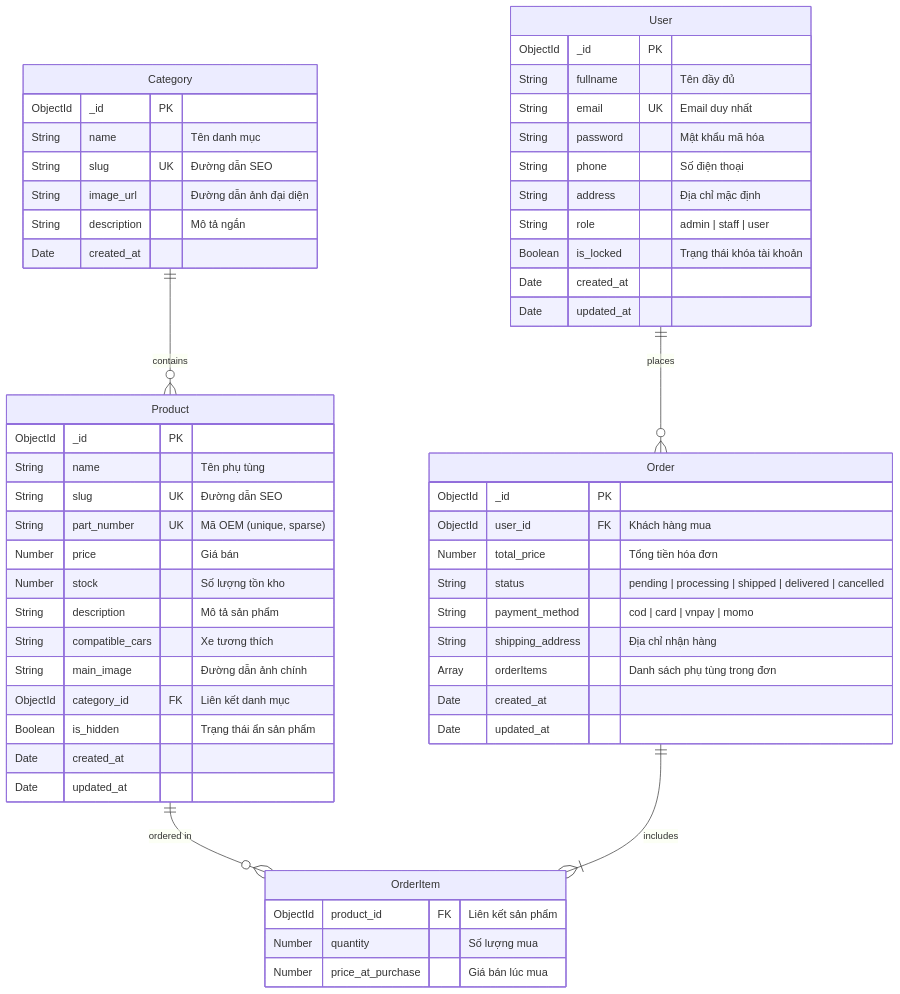
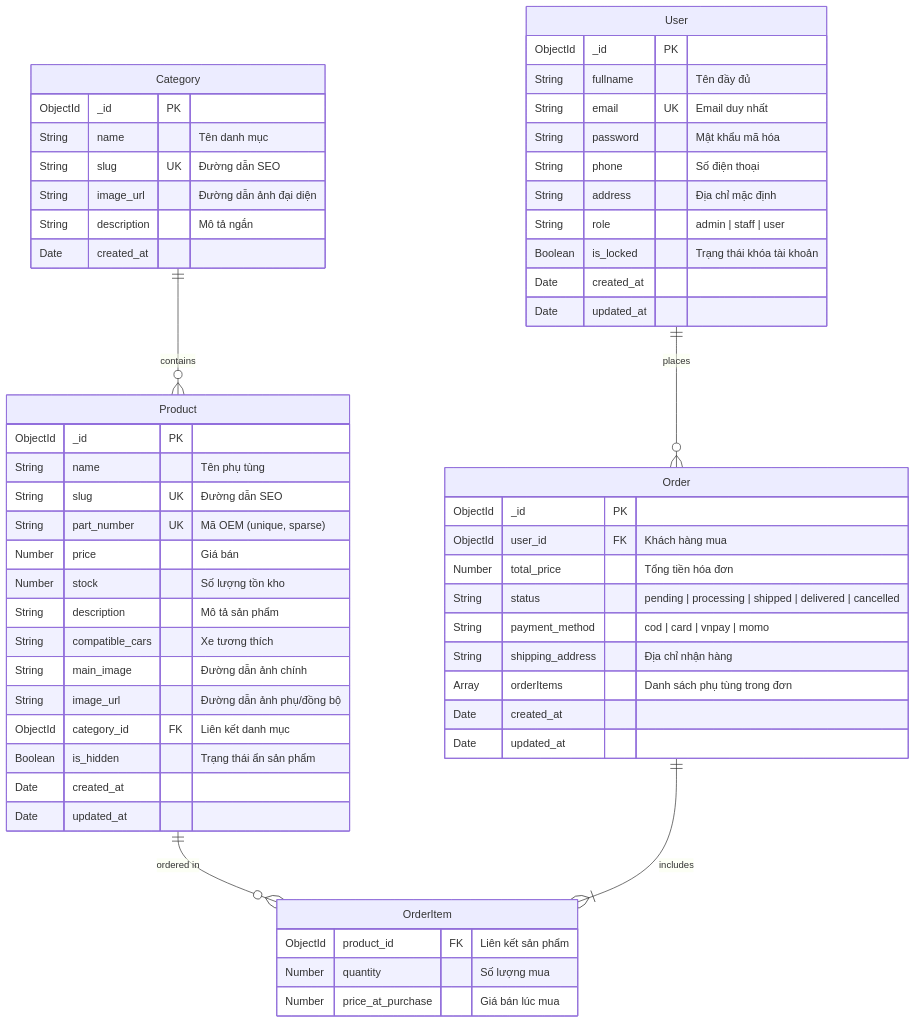
Before and after one commit to VietLinh1104/doan-hieumoi: the third of 3 diagrams in .agents/skills/system-design/SKILL.md, drawn with Mermaid. The commit also changed other lines of this file and 6 other files, not shown here.

````diff
--- a/.agents/skills/system-design/SKILL.md
+++ b/.agents/skills/system-design/SKILL.md
@@ -150,63 +150,64 @@
 ```mermaid
 erDiagram
     User ||--o{ Order : "places"
     Category ||--o{ Product : "contains"
     Product ||--o{ OrderItem : "ordered in"
     Order ||--|{ OrderItem : "includes"
 
     User {
         ObjectId _id PK
         String fullname "Tên đầy đủ"
         String email UK "Email duy nhất"
         String password "Mật khẩu mã hóa"
         String phone "Số điện thoại"
         String address "Địa chỉ mặc định"
         String role "admin | staff | user"
         Boolean is_locked "Trạng thái khóa tài khoản"
         Date created_at
         Date updated_at
     }
 
     Category {
         ObjectId _id PK
         String name "Tên danh mục"
         String slug UK "Đường dẫn SEO"
         String image_url "Đường dẫn ảnh đại diện"
         String description "Mô tả ngắn"
         Date created_at
     }
 
     Product {
         ObjectId _id PK
         String name "Tên phụ tùng"
         String slug UK "Đường dẫn SEO"
         String part_number UK "Mã OEM (unique, sparse)"
         Number price "Giá bán"
         Number stock "Số lượng tồn kho"
         String description "Mô tả sản phẩm"
         String compatible_cars "Xe tương thích"
         String main_image "Đường dẫn ảnh chính"
+        String image_url "Đường dẫn ảnh phụ/đồng bộ"
         ObjectId category_id FK "Liên kết danh mục"
         Boolean is_hidden "Trạng thái ẩn sản phẩm"
         Date created_at
         Date updated_at
     }
 
     Order {
         ObjectId _id PK
         ObjectId user_id FK "Khách hàng mua"
         Number total_price "Tổng tiền hóa đơn"
         String status "pending | processing | shipped | delivered | cancelled"
         String payment_method "cod | card | vnpay | momo"
         String shipping_address "Địa chỉ nhận hàng"
         Array orderItems "Danh sách phụ tùng trong đơn"
         Date created_at
         Date updated_at
     }
 
     OrderItem {
         ObjectId product_id FK "Liên kết sản phẩm"
         Number quantity "Số lượng mua"
         Number price_at_purchase "Giá bán lúc mua"
     }
 ```
````
